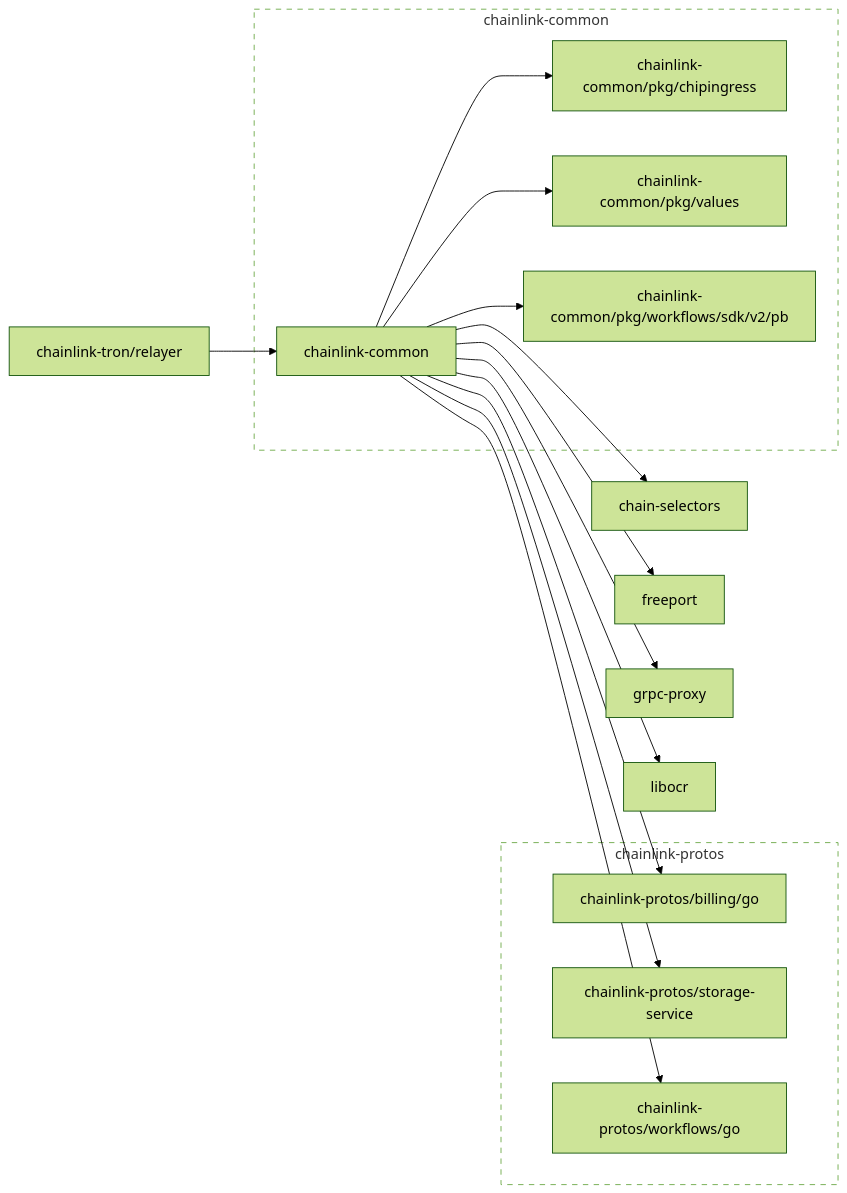
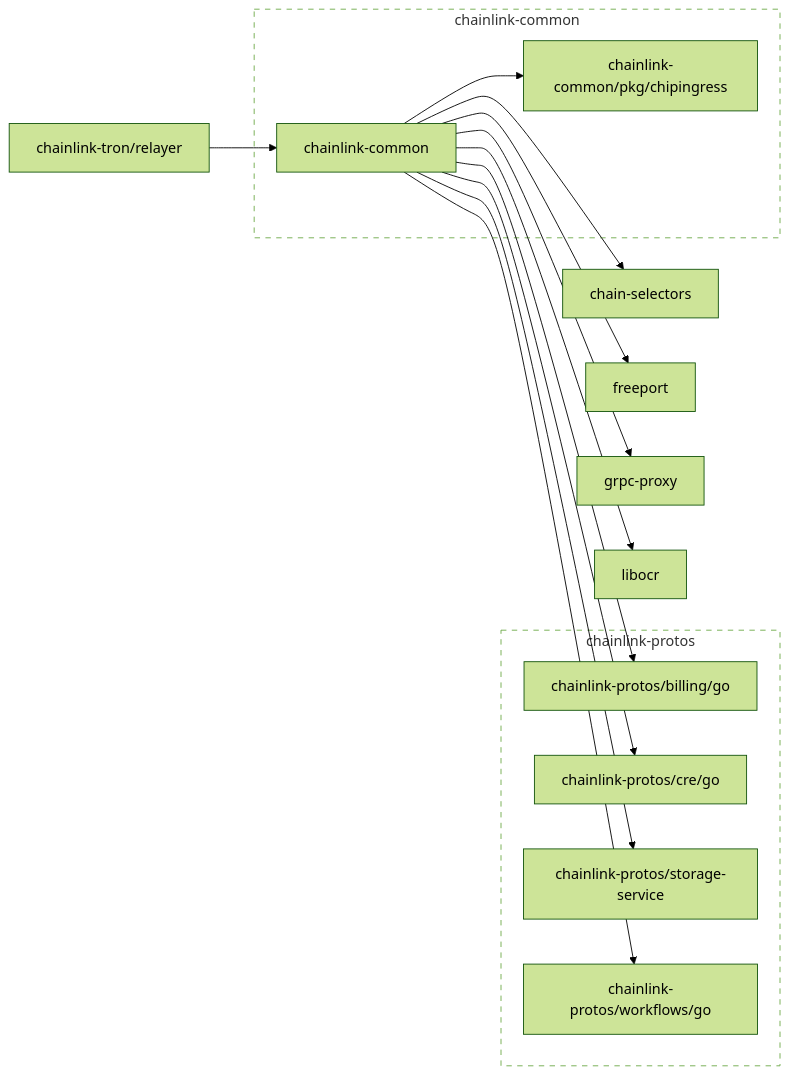
Before and after one commit to smartcontractkit/chainlink-tron: the first of 2 diagrams in go.md, drawn with Mermaid (forest theme). The commit also changed other lines of this file and 6 other files, not shown here.

````diff
--- a/go.md
+++ b/go.md
@@ -3,55 +3,51 @@
 ```mermaid
 flowchart LR
 
 	chain-selectors
 	click chain-selectors href "https://github.com/smartcontractkit/chain-selectors"
 	chainlink-common --> chain-selectors
 	chainlink-common --> chainlink-common/pkg/chipingress
-	chainlink-common --> chainlink-common/pkg/values
-	chainlink-common --> chainlink-common/pkg/workflows/sdk/v2/pb
 	chainlink-common --> chainlink-protos/billing/go
+	chainlink-common --> chainlink-protos/cre/go
 	chainlink-common --> chainlink-protos/storage-service
 	chainlink-common --> chainlink-protos/workflows/go
 	chainlink-common --> freeport
 	chainlink-common --> grpc-proxy
 	chainlink-common --> libocr
 	click chainlink-common href "https://github.com/smartcontractkit/chainlink-common"
 	chainlink-common/pkg/chipingress
 	click chainlink-common/pkg/chipingress href "https://github.com/smartcontractkit/chainlink-common"
-	chainlink-common/pkg/values
-	click chainlink-common/pkg/values href "https://github.com/smartcontractkit/chainlink-common"
-	chainlink-common/pkg/workflows/sdk/v2/pb
-	click chainlink-common/pkg/workflows/sdk/v2/pb href "https://github.com/smartcontractkit/chainlink-common"
 	chainlink-protos/billing/go
 	click chainlink-protos/billing/go href "https://github.com/smartcontractkit/chainlink-protos"
+	chainlink-protos/cre/go
+	click chainlink-protos/cre/go href "https://github.com/smartcontractkit/chainlink-protos"
 	chainlink-protos/storage-service
 	click chainlink-protos/storage-service href "https://github.com/smartcontractkit/chainlink-protos"
 	chainlink-protos/workflows/go
 	click chainlink-protos/workflows/go href "https://github.com/smartcontractkit/chainlink-protos"
 	chainlink-tron/relayer --> chainlink-common
 	click chainlink-tron/relayer href "https://github.com/smartcontractkit/chainlink-tron"
 	freeport
 	click freeport href "https://github.com/smartcontractkit/freeport"
 	grpc-proxy
 	click grpc-proxy href "https://github.com/smartcontractkit/grpc-proxy"
 	libocr
 	click libocr href "https://github.com/smartcontractkit/libocr"
 
 	subgraph chainlink-common-repo[chainlink-common]
 		 chainlink-common
 		 chainlink-common/pkg/chipingress
-		 chainlink-common/pkg/values
-		 chainlink-common/pkg/workflows/sdk/v2/pb
 	end
 	click chainlink-common-repo href "https://github.com/smartcontractkit/chainlink-common"
 
 	subgraph chainlink-protos-repo[chainlink-protos]
 		 chainlink-protos/billing/go
+		 chainlink-protos/cre/go
 		 chainlink-protos/storage-service
 		 chainlink-protos/workflows/go
 	end
 	click chainlink-protos-repo href "https://github.com/smartcontractkit/chainlink-protos"
 
 	classDef outline stroke-dasharray:6,fill:none;
 	class chainlink-common-repo,chainlink-protos-repo outline
 ```
````
